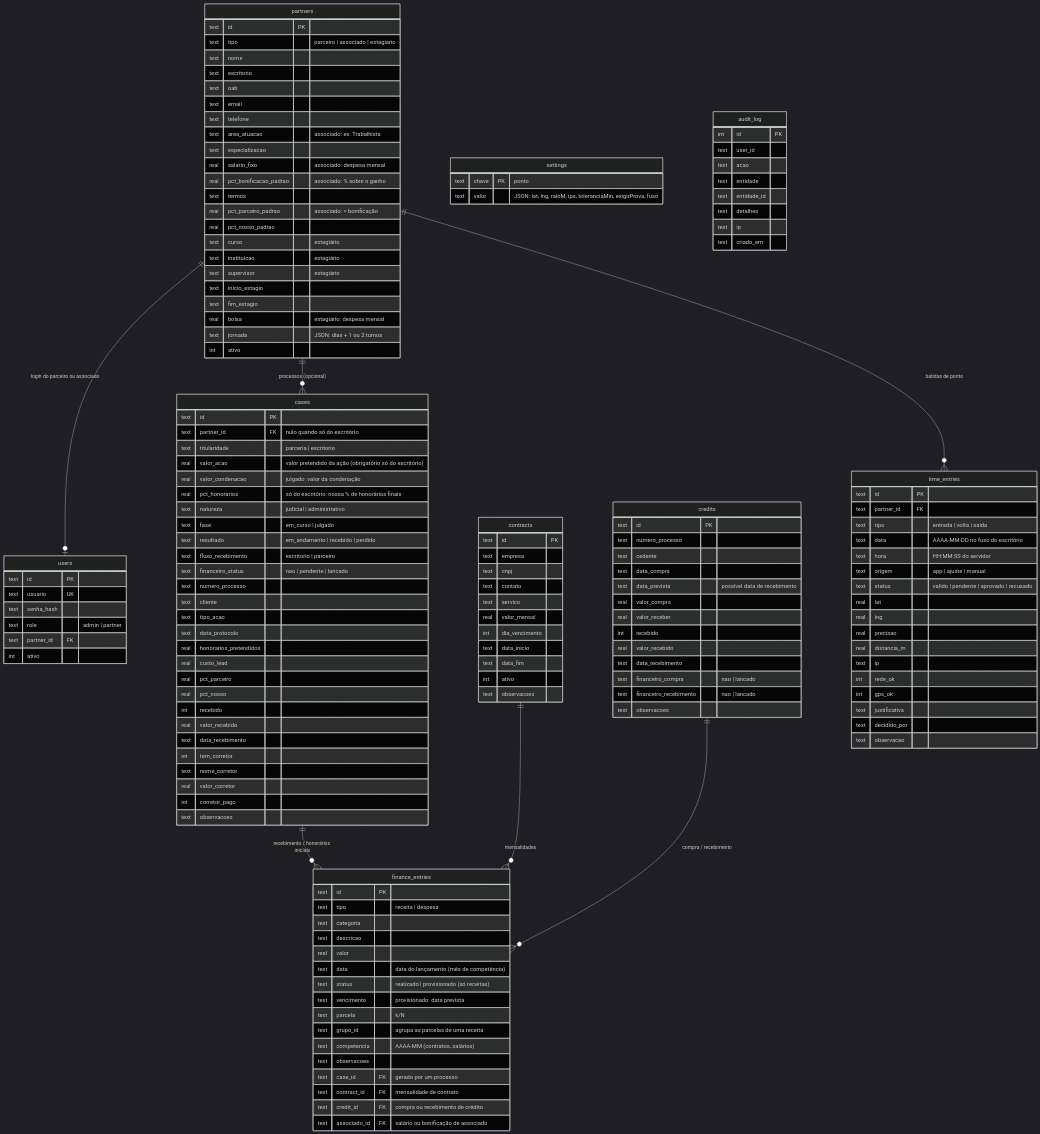
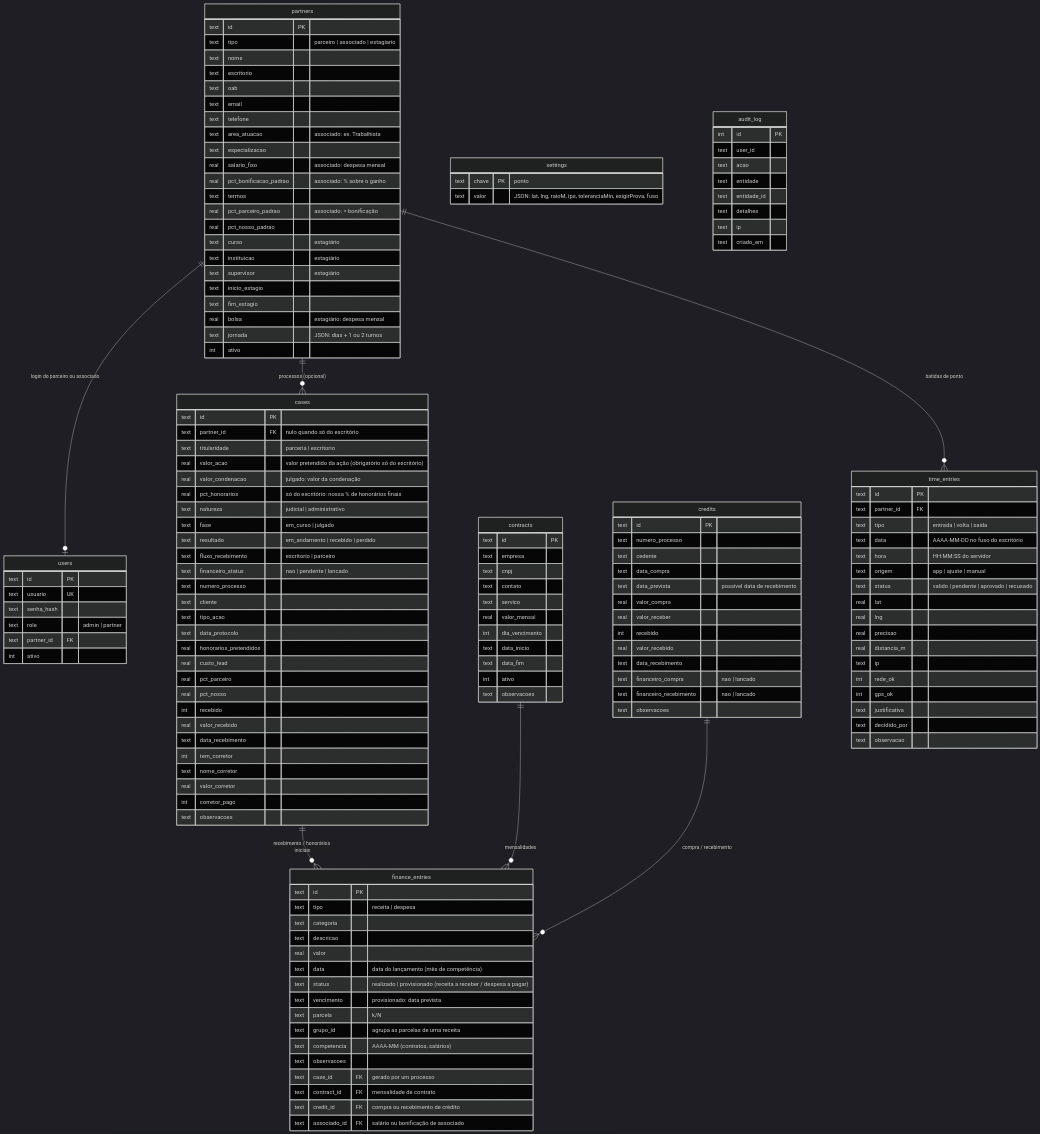
Before and after one commit to GACAR1524/parcerias-site: the second of 3 diagrams in ARQUITETURA.md, drawn with Mermaid (dark theme). The commit also changed other lines of this file and 11 other files, not shown here.

```diff
--- a/ARQUITETURA.md
+++ b/ARQUITETURA.md
@@ -189,7 +189,7 @@
     text descricao
     real valor
     text data "data do lançamento (mês de competência)"
-    text status "realizado | provisionado (só receitas)"
+    text status "realizado | provisionado (receita a receber / despesa a pagar)"
     text vencimento "provisionado: data prevista"
     text parcela "k/N"
     text grupo_id "agrupa as parcelas de uma receita"
```
